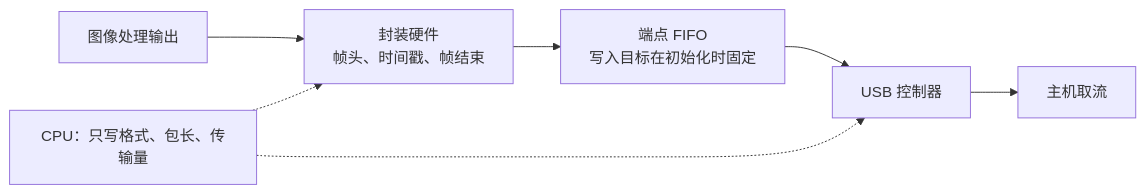
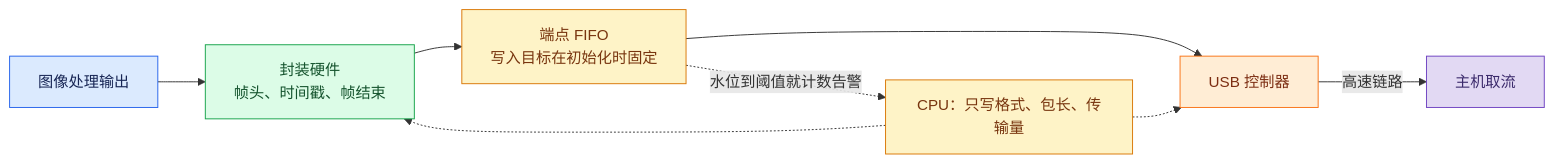
One commit to DeguiLiu/tech-notes changed the second of 2 diagrams in content/posts/performance/uvc_hardware_direct_write_path.md. Above: the diagram before and after it, drawn with Mermaid. The commit also changed other lines of this file and 3 other files, not shown here.

Commit message:
story-docs(blog): add colored layered and topology mermaid diagrams

````diff
--- a/content/posts/performance/uvc_hardware_direct_write_path.md
+++ b/content/posts/performance/uvc_hardware_direct_write_path.md
@@ -30,9 +55,16 @@
 ```mermaid
 flowchart LR
-  N1["图像处理输出"] --> N2["封装硬件<br/>帧头、时间戳、帧结束"]
-  N2 --> N3["端点 FIFO<br/>写入目标在初始化时固定"]
-  N3 --> N4["USB 控制器"]
-  N4 --> N5["主机取流"]
-  N6["CPU：只写格式、包长、传输量"] -.-> N2
+  classDef src fill:#dbeafe,stroke:#2563eb,color:#172554
+  classDef wrap fill:#dcfce7,stroke:#16a34a,color:#14532d
+  classDef fifo fill:#fef3c7,stroke:#d97706,color:#78350f
+  classDef ctrl fill:#ffedd5,stroke:#f97316,color:#7c2d12
+  classDef host fill:#e2d9f3,stroke:#6f42c1,color:#3b2a6b
+
+  N1["图像处理输出"]:::src --> N2["封装硬件<br/>帧头、时间戳、帧结束"]:::wrap
+  N2 --> N3["端点 FIFO<br/>写入目标在初始化时固定"]:::fifo
+  N3 --> N4["USB 控制器"]:::ctrl
+  N4 -->|高速链路| N5["主机取流"]:::host
+  N6["CPU：只写格式、包长、传输量"]:::fifo -.-> N2
   N6 -.-> N4
+  N3 -.->|水位到阈值就计数告警| N6
 ```
````
